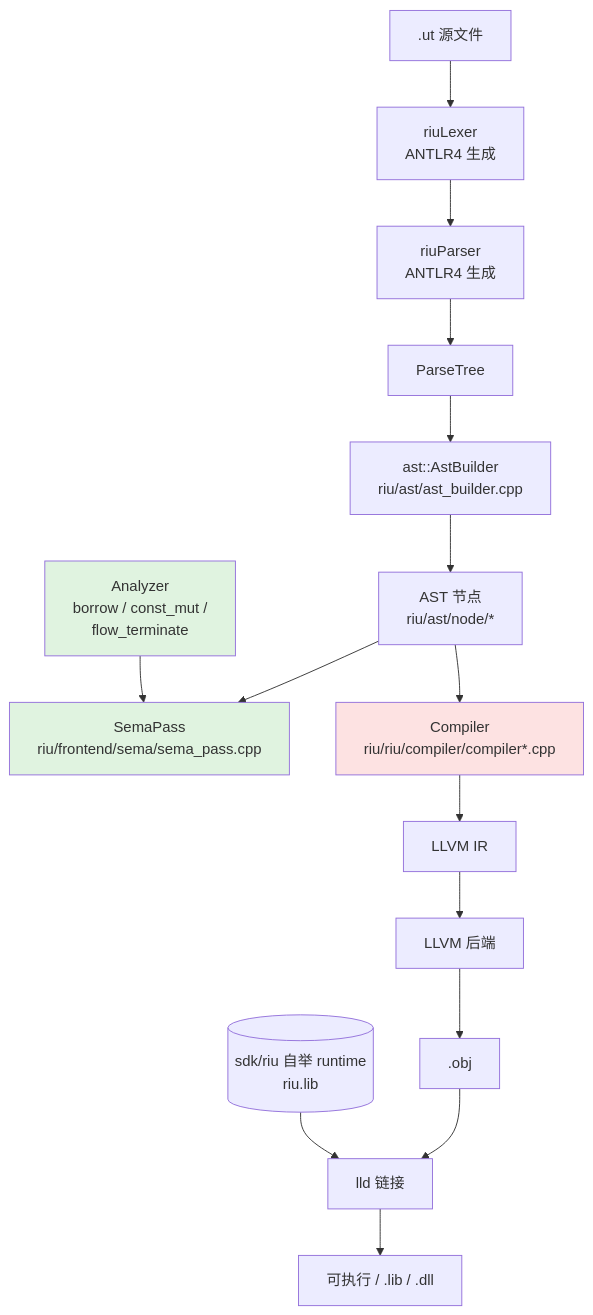
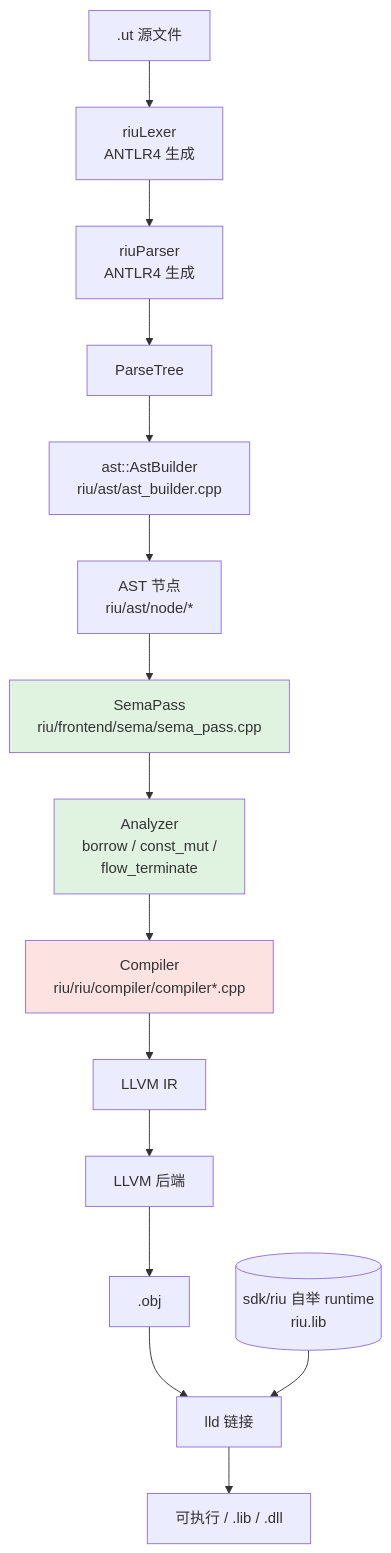
One commit to riu-lang/riu changed the second of 6 diagrams in riu.md. Above: the diagram before and after it, drawn with Mermaid. The commit also changed 19 other files, not shown here.

First line of the commit message:
refactor: 把 borrow/const-mut/#NoReturn 从 visitFn 升成 Sema 之后的独立检查

````diff
--- a/riu.md
+++ b/riu.md
@@ -66,23 +66,22 @@
 ```mermaid
 flowchart TB
     src[.ut 源文件] --> lex[riuLexer<br/>ANTLR4 生成]
     lex --> parse[riuParser<br/>ANTLR4 生成]
     parse --> tree[ParseTree]
     tree --> builder[ast::AstBuilder<br/>riu/ast/ast_builder.cpp]
     builder --> ast[AST 节点<br/>riu/ast/node/*]
 
     ast --> sema[SemaPass<br/>riu/frontend/sema/sema_pass.cpp]
-    analyzer[Analyzer<br/>borrow / const_mut /<br/>flow_terminate] --> sema
-
-    ast --> compiler[Compiler<br/>riu/riu/compiler/compiler*.cpp]
+    sema --> analyzer[Analyzer<br/>borrow / const_mut /<br/>flow_terminate]
+    analyzer --> compiler[Compiler<br/>riu/riu/compiler/compiler*.cpp]
     compiler --> ir[LLVM IR]
     ir --> llc[LLVM 后端]
     llc --> obj[.obj]
     obj --> lld[lld 链接]
     sdk[(sdk/riu 自举 runtime<br/>riu.lib)] --> lld
     lld --> exe[可执行 / .lib / .dll]
 
     style sema fill:#e0f3e0
     style analyzer fill:#e0f3e0
     style compiler fill:#fde2e2
 ```
````
